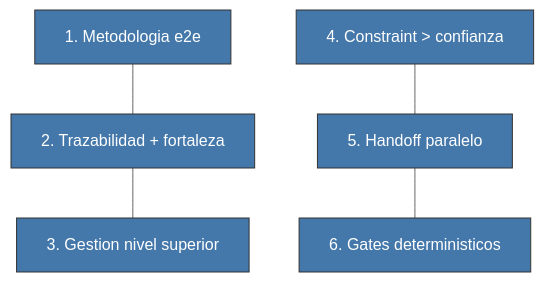
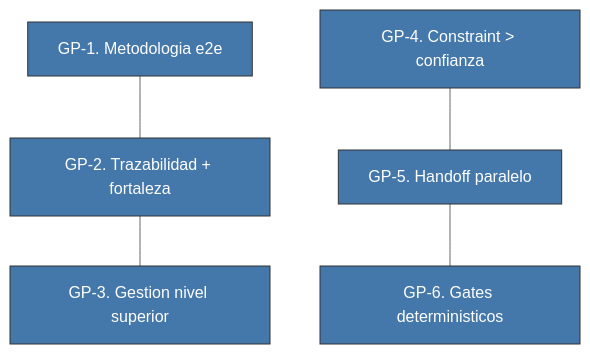
One commit to virgenherrera/virgil changed the sixth of 47 diagrams in principia/overview.md. Above: the diagram before and after it, drawn with Mermaid (neutral theme). The commit also changed other lines of this file, not shown here.

````diff
--- a/principia/overview.md
+++ b/principia/overview.md
@@ -211,19 +304,19 @@
 ```mermaid
 flowchart TD
-    G1["1. Metodologia e2e"]
-    G2["2. Trazabilidad + fortaleza"]
-    G3["3. Gestion nivel superior"]
-    G4["4. Constraint > confianza"]
-    G5["5. Handoff paralelo"]
-    G6["6. Gates deterministicos"]
+    GP1["GP-1. Metodologia e2e"]
+    GP2["GP-2. Trazabilidad + fortaleza"]
+    GP3["GP-3. Gestion nivel superior"]
+    GP4["GP-4. Constraint > confianza"]
+    GP5["GP-5. Handoff paralelo"]
+    GP6["GP-6. Gates deterministicos"]
 
-    G1 --- G2 --- G3
-    G4 --- G5 --- G6
+    GP1 --- GP2 --- GP3
+    GP4 --- GP5 --- GP6
 
-    style G1 fill:#47a,stroke:#333,color:#fff
-    style G2 fill:#47a,stroke:#333,color:#fff
-    style G3 fill:#47a,stroke:#333,color:#fff
-    style G4 fill:#47a,stroke:#333,color:#fff
-    style G5 fill:#47a,stroke:#333,color:#fff
-    style G6 fill:#47a,stroke:#333,color:#fff
+    style GP1 fill:#47a,stroke:#333,color:#fff
+    style GP2 fill:#47a,stroke:#333,color:#fff
+    style GP3 fill:#47a,stroke:#333,color:#fff
+    style GP4 fill:#47a,stroke:#333,color:#fff
+    style GP5 fill:#47a,stroke:#333,color:#fff
+    style GP6 fill:#47a,stroke:#333,color:#fff
 ```
````
